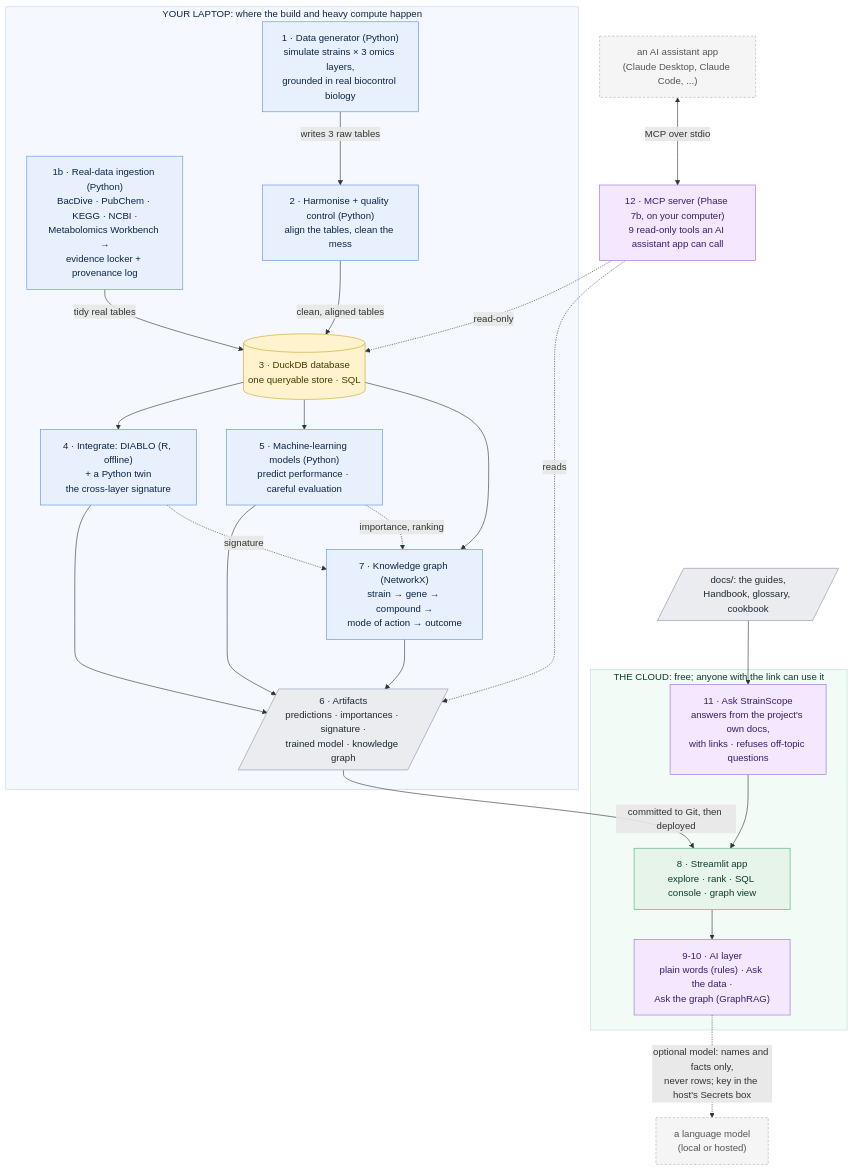
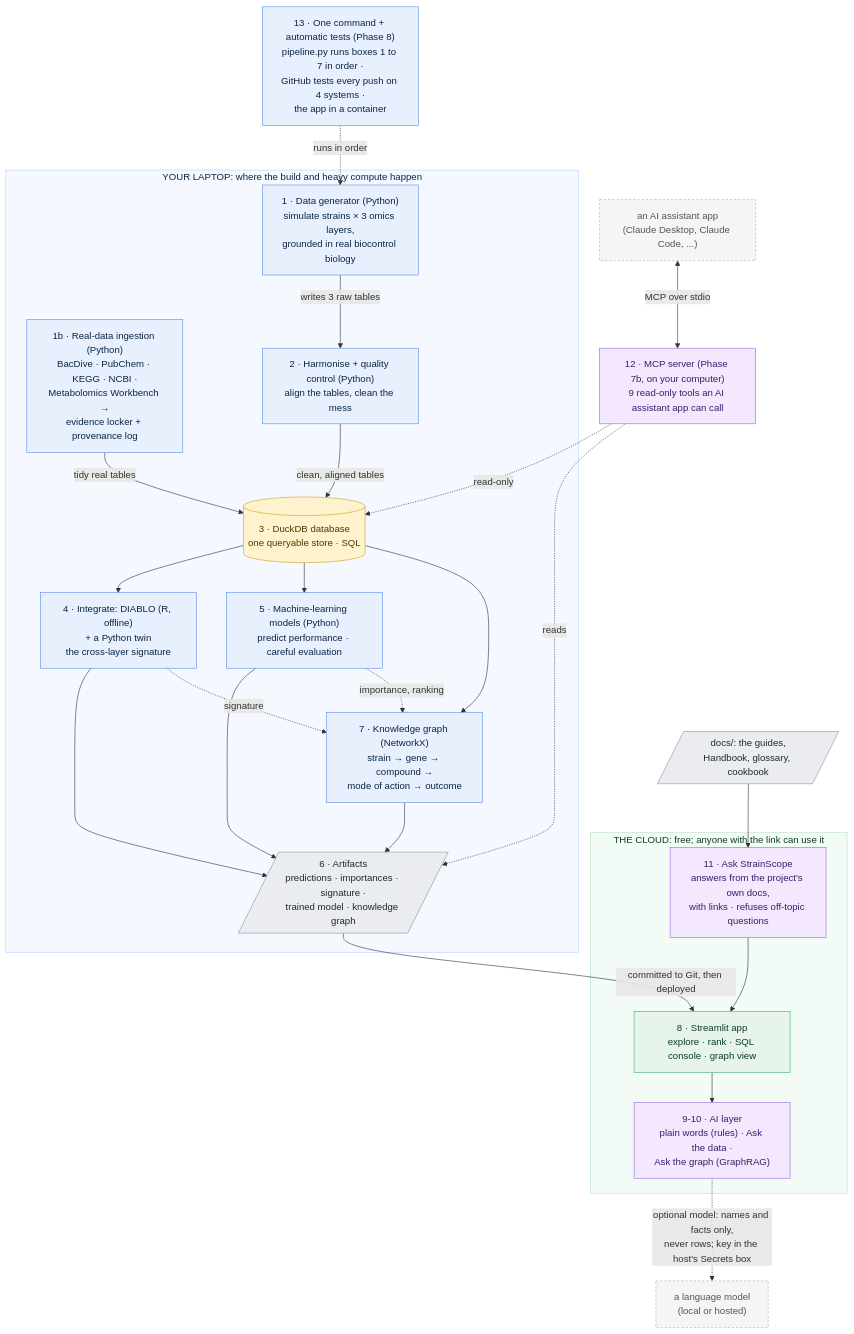
The diagram in docs/00-architecture.md (akannan2987/strainscope), drawn with Mermaid before and after one commit. The commit also changed other lines of this file and 86 other files, not shown here.

Commit message:
feat: release 1.0: one-command pipeline, tests on every system, container, licence and citation

````diff
--- a/docs/00-architecture.md
+++ b/docs/00-architecture.md
@@ -64,57 +64,60 @@
 ```mermaid
 flowchart TD
     subgraph LAPTOP["YOUR LAPTOP: where the build and heavy compute happen"]
         A["1 · Data generator (Python)<br/>simulate strains × 3 omics layers,<br/>grounded in real biocontrol biology"]
         R["1b · Real-data ingestion (Python)<br/>BacDive · PubChem · KEGG · NCBI ·<br/>Metabolomics Workbench →<br/>evidence locker + provenance log"]
         B["2 · Harmonise + quality control (Python)<br/>align the tables, clean the mess"]
         C[("3 · DuckDB database<br/>one queryable store · SQL")]
         D["4 · Integrate: DIABLO (R, offline)<br/>+ a Python twin<br/>the cross-layer signature"]
         E["5 · Machine-learning models (Python)<br/>predict performance · careful evaluation"]
         F["7 · Knowledge graph (NetworkX)<br/>strain → gene → compound →<br/>mode of action → outcome"]
         G[/"6 · Artifacts<br/>predictions · importances · signature ·<br/>trained model · knowledge graph"/]
     end
     subgraph CLOUD["THE CLOUD: free; anyone with the link can use it"]
         H["8 · Streamlit app<br/>explore · rank · SQL console · graph view"]
         I["9-10 · AI layer<br/>plain words (rules) · Ask the data ·<br/>Ask the graph (GraphRAG)"]
         Q["11 · Ask StrainScope<br/>answers from the project's own docs,<br/>with links · refuses off-topic questions"]
     end
     M["12 · MCP server (Phase 7b, on your computer)<br/>9 read-only tools an AI assistant app can call"]
     APPAI["an AI assistant app<br/>(Claude Desktop, Claude Code, ...)"]
     DOCS[/"docs/: the guides,<br/>Handbook, glossary, cookbook"/]
+    P["13 · One command + automatic tests (Phase 8)<br/>pipeline.py runs boxes 1 to 7 in order ·<br/>GitHub tests every push on 4 systems ·<br/>the app in a container"]
 
     A -->|writes 3 raw tables| B
     R -->|tidy real tables| C
     B -->|clean, aligned tables| C
     C --> D
     C --> E
     C --> F
     D --> G
     E --> G
     D -.->|signature| F
     E -.->|importance, ranking| F
     F --> G
     G -->|committed to Git, then deployed| H
     H --> I
     I -.->|"optional model: names and facts only,<br/>never rows; key in the host's Secrets box"| LLM["a language model<br/>(local or hosted)"]
     DOCS --> Q
     Q --> H
     M -.->|read-only| C
     M -.->|reads| G
     APPAI <-->|"MCP over stdio"| M
+    P -.->|"runs in order"| A
 
     classDef laptop fill:#E8F0FE,stroke:#5B8DEF,color:#0B2545;
     classDef store fill:#FFF3CD,stroke:#C9A227,color:#4A3B00;
     classDef artifact fill:#EAECEF,stroke:#8A94A6,color:#1F2933;
     classDef cloud fill:#E6F4EA,stroke:#4CAF7D,color:#0B3D2E;
     classDef ai fill:#F3E8FD,stroke:#9C6ADE,color:#3A1D6E;
     classDef roadmap fill:#F5F5F5,stroke:#B0B0B0,color:#555555,stroke-dasharray:4 3;
     class A,B,D,E,F,R laptop
     class C store
     class G artifact
     class H cloud
     class I,Q,M ai
+    class P laptop
     class DOCS artifact
     class LLM,APPAI roadmap
     style LAPTOP fill:#F5F9FF,stroke:#B9D2FF,color:#0B2545
     style CLOUD fill:#F2FBF5,stroke:#B7E4C7,color:#0B3D2E
 ```
````
